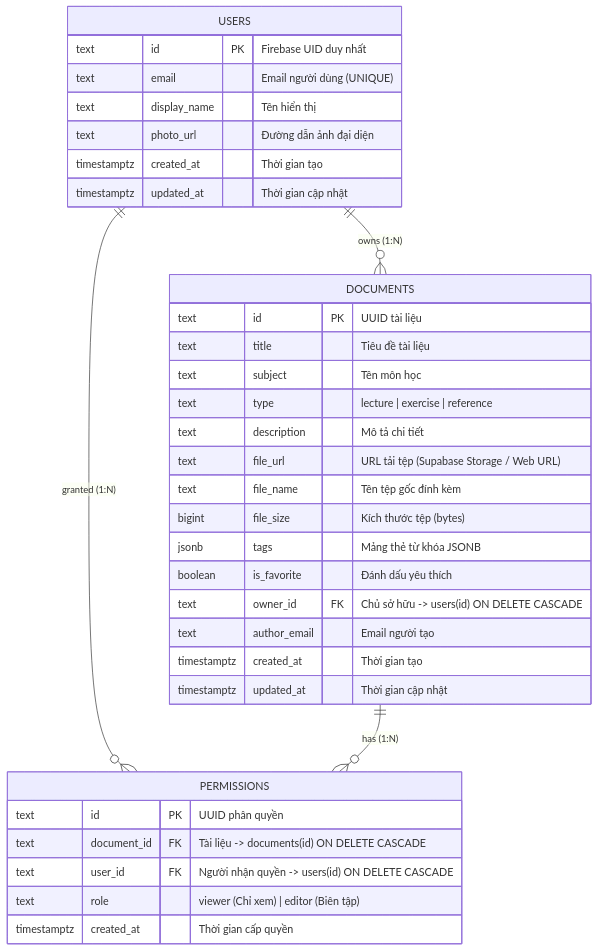
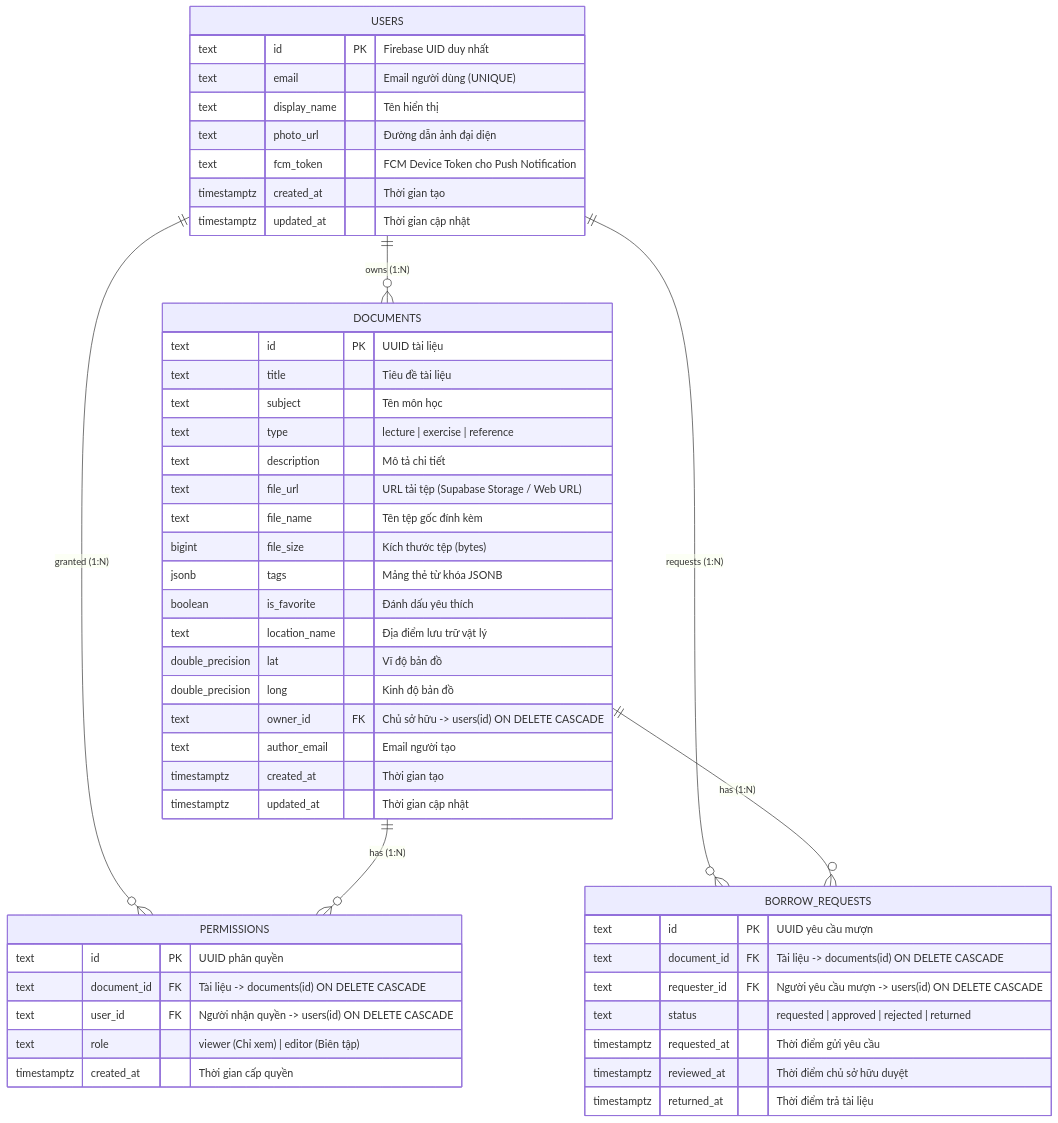
Before and after one commit to thudao612/N14-CSE441-study-document-manager: the second of 3 diagrams in REPORT_CL1.md, drawn with Mermaid. The commit also changed other lines of this file and 16 other files, not shown here.

````diff
--- a/REPORT_CL1.md
+++ b/REPORT_CL1.md
@@ -82,40 +89,56 @@
 ```mermaid
 erDiagram
     USERS ||--o{ DOCUMENTS : "owns (1:N)"
     USERS ||--o{ PERMISSIONS : "granted (1:N)"
+    USERS ||--o{ BORROW_REQUESTS : "requests (1:N)"
     DOCUMENTS ||--o{ PERMISSIONS : "has (1:N)"
+    DOCUMENTS ||--o{ BORROW_REQUESTS : "has (1:N)"
 
     USERS {
         text id PK "Firebase UID duy nhất"
         text email "Email người dùng (UNIQUE)"
         text display_name "Tên hiển thị"
         text photo_url "Đường dẫn ảnh đại diện"
+        text fcm_token "FCM Device Token cho Push Notification"
         timestamptz created_at "Thời gian tạo"
         timestamptz updated_at "Thời gian cập nhật"
     }
 
     DOCUMENTS {
         text id PK "UUID tài liệu"
         text title "Tiêu đề tài liệu"
         text subject "Tên môn học"
         text type "lecture | exercise | reference"
         text description "Mô tả chi tiết"
         text file_url "URL tải tệp (Supabase Storage / Web URL)"
         text file_name "Tên tệp gốc đính kèm"
         bigint file_size "Kích thước tệp (bytes)"
         jsonb tags "Mảng thẻ từ khóa JSONB"
         boolean is_favorite "Đánh dấu yêu thích"
+        text location_name "Địa điểm lưu trữ vật lý"
+        double_precision lat "Vĩ độ bản đồ"
+        double_precision long "Kinh độ bản đồ"
         text owner_id FK "Chủ sở hữu -> users(id) ON DELETE CASCADE"
         text author_email "Email người tạo"
         timestamptz created_at "Thời gian tạo"
         timestamptz updated_at "Thời gian cập nhật"
     }
 
     PERMISSIONS {
         text id PK "UUID phân quyền"
         text document_id FK "Tài liệu -> documents(id) ON DELETE CASCADE"
         text user_id FK "Người nhận quyền -> users(id) ON DELETE CASCADE"
         text role "viewer (Chỉ xem) | editor (Biên tập)"
         timestamptz created_at "Thời gian cấp quyền"
     }
+
+    BORROW_REQUESTS {
+        text id PK "UUID yêu cầu mượn"
+        text document_id FK "Tài liệu -> documents(id) ON DELETE CASCADE"
+        text requester_id FK "Người yêu cầu mượn -> users(id) ON DELETE CASCADE"
+        text status "requested | approved | rejected | returned"
+        timestamptz requested_at "Thời điểm gửi yêu cầu"
+        timestamptz reviewed_at "Thời điểm chủ sở hữu duyệt"
+        timestamptz returned_at "Thời điểm trả tài liệu"
+    }
 ```
````
